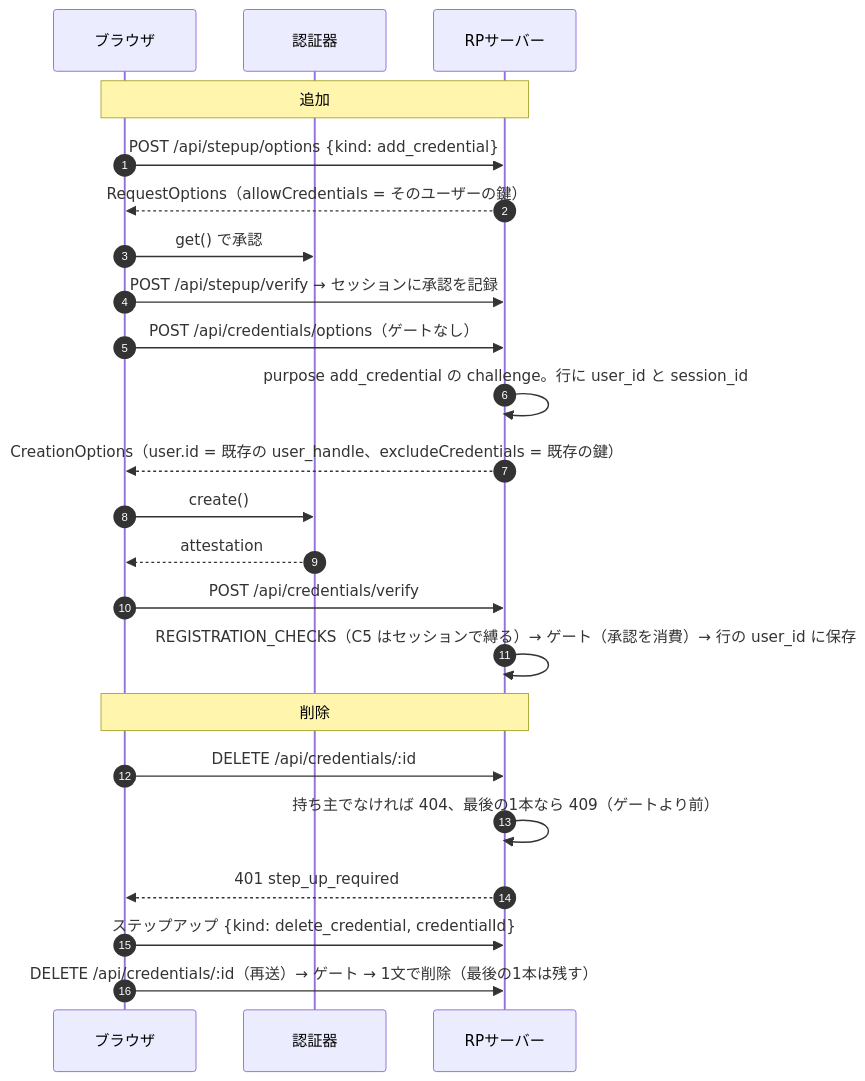
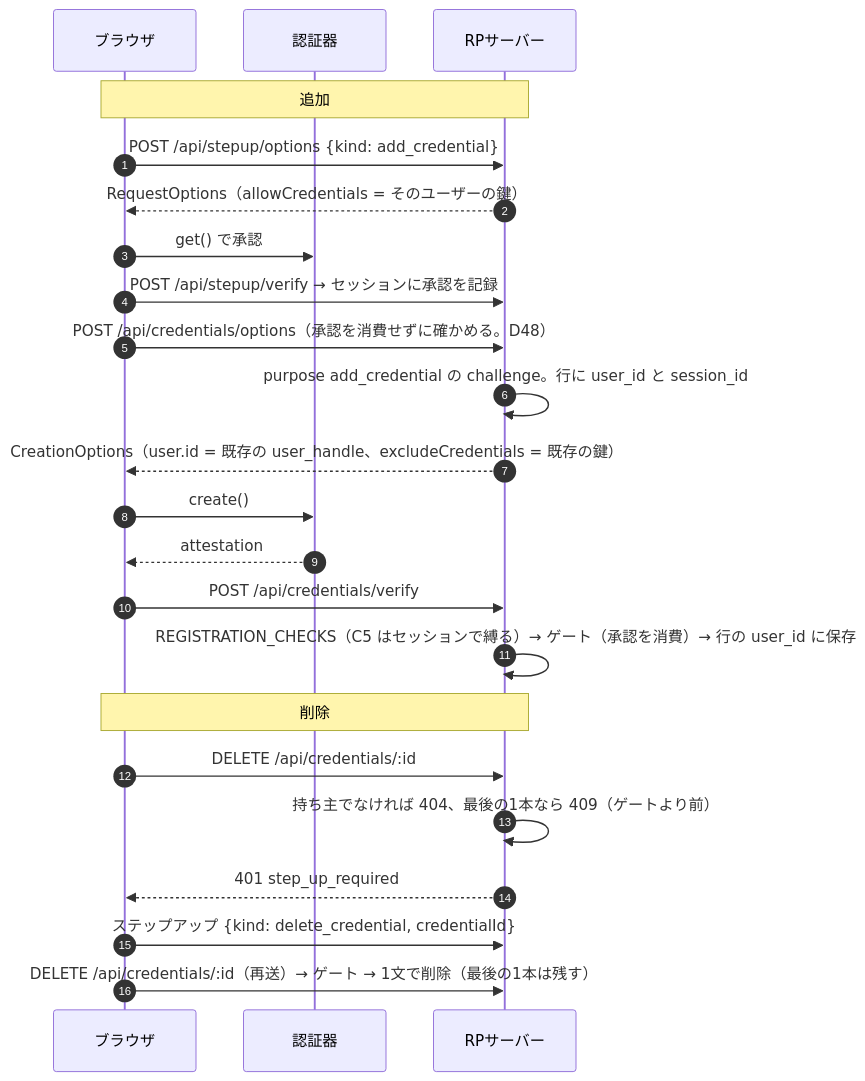
The sixth of 7 diagrams in docs/01-architecture-proposal-poc.md (KazusaNakagawa/try-pass-key), drawn with Mermaid before and after one commit. The commit also changed other lines of this file and 12 other files, not shown here.

````diff
--- a/docs/01-architecture-proposal-poc.md
+++ b/docs/01-architecture-proposal-poc.md
@@ -301,27 +301,27 @@
 ```mermaid
 sequenceDiagram
   autonumber
   participant B as ブラウザ
   participant A as 認証器
   participant S as RPサーバー
 
   Note over B,S: 追加
   B->>S: POST /api/stepup/options {kind: add_credential}
   S-->>B: RequestOptions（allowCredentials = そのユーザーの鍵）
   B->>A: get() で承認
   B->>S: POST /api/stepup/verify → セッションに承認を記録
-  B->>S: POST /api/credentials/options（ゲートなし）
+  B->>S: POST /api/credentials/options（承認を消費せずに確かめる。D48）
   S->>S: purpose add_credential の challenge。行に user_id と session_id
   S-->>B: CreationOptions（user.id = 既存の user_handle、excludeCredentials = 既存の鍵）
   B->>A: create()
   A-->>B: attestation
   B->>S: POST /api/credentials/verify
   S->>S: REGISTRATION_CHECKS（C5 はセッションで縛る）→ ゲート（承認を消費）→ 行の user_id に保存
 
   Note over B,S: 削除
   B->>S: DELETE /api/credentials/:id
   S->>S: 持ち主でなければ 404、最後の1本なら 409（ゲートより前）
   S-->>B: 401 step_up_required
   B->>S: ステップアップ {kind: delete_credential, credentialId}
   B->>S: DELETE /api/credentials/:id（再送）→ ゲート → 1文で削除（最後の1本は残す）
 ```
````
